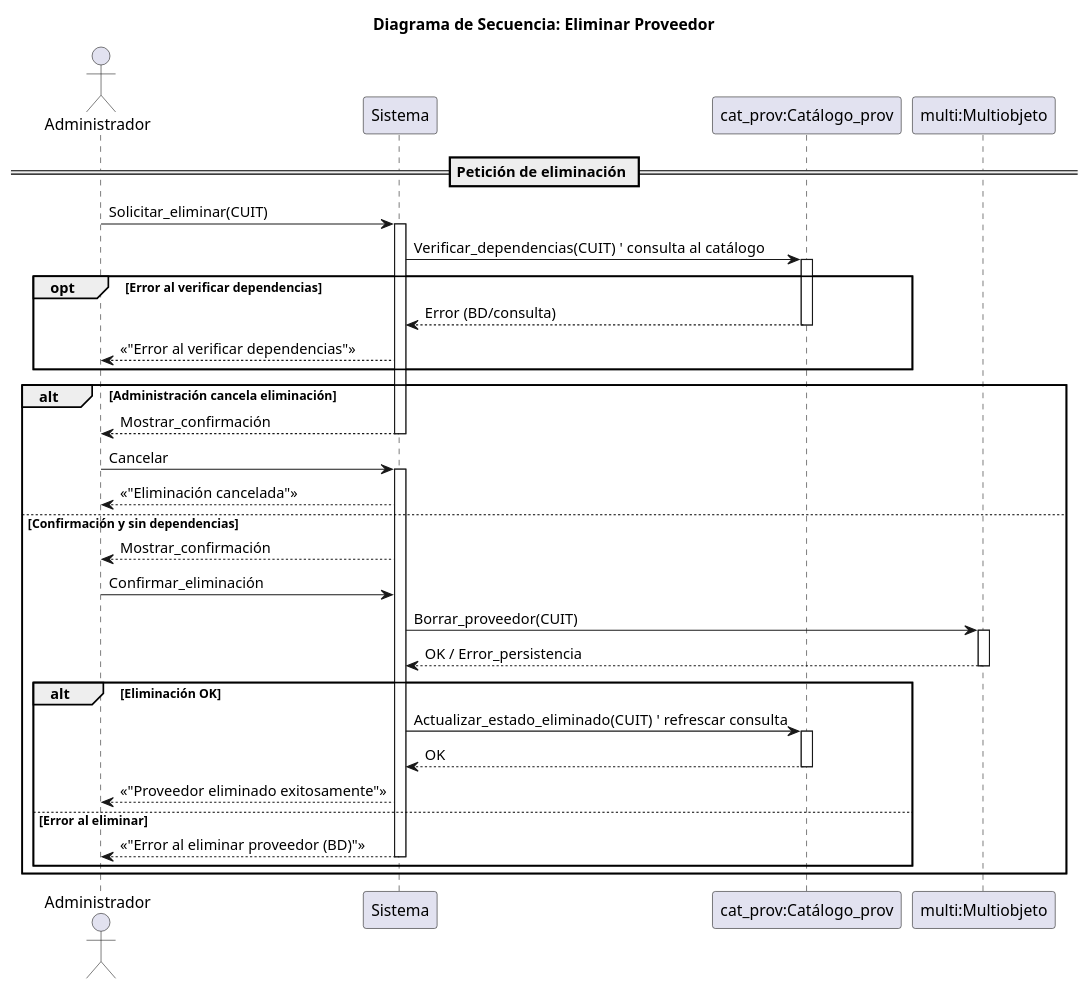
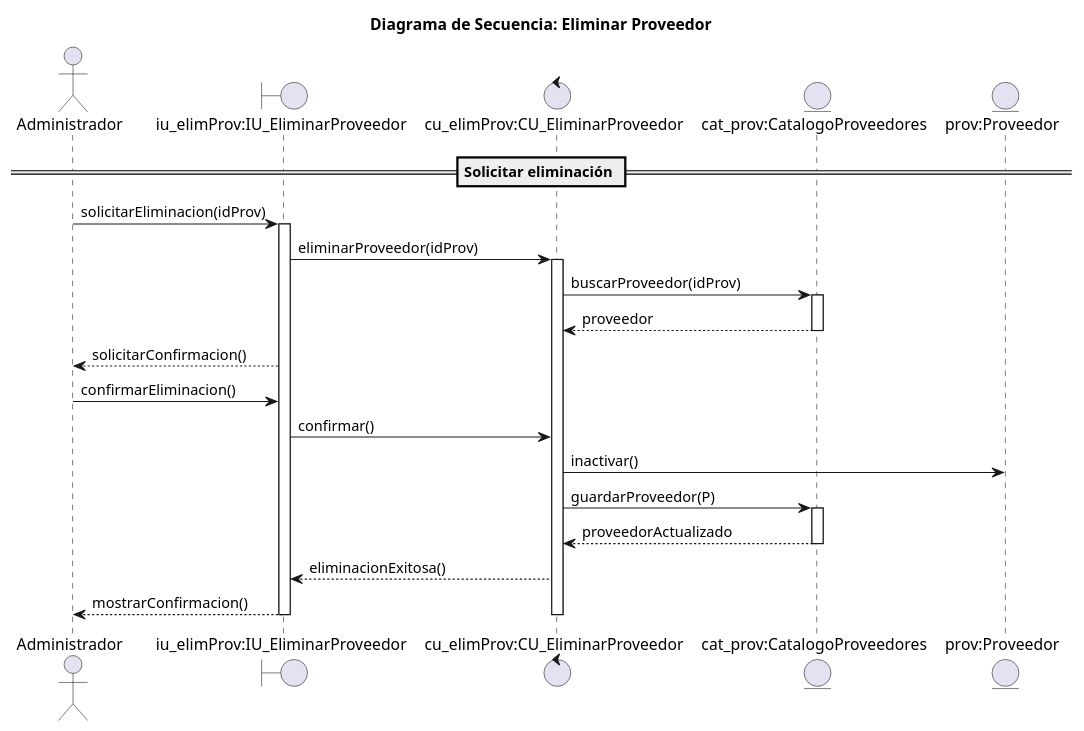
The diagram in 08-Diagrama-secuencia/10_Eliminar_proveedor.puml (Luci1274/PPI_Proyecto_gomeria), drawn with PlantUML before and after one commit. The commit also changed 21 other files, not shown here.

Commit message:
Modificacion en mis casos de uso y diagramas de secuencia correspondientes

```diff
--- a/08-Diagrama-secuencia/10_Eliminar_proveedor.puml
+++ b/08-Diagrama-secuencia/10_Eliminar_proveedor.puml
@@ -1,54 +1,41 @@
 @startuml eliminar_proveedor
 
 title Diagrama de Secuencia: Eliminar Proveedor
 
 actor Administrador
-participant Sistema
-participant "cat_prov:Catálogo_prov" as Cat_prov
-participant "multi:Multiobjeto" as MULT
+boundary "iu_elimProv:IU_EliminarProveedor" as IU
+control "cu_elimProv:CU_EliminarProveedor" as CU
+entity "cat_prov:CatalogoProveedores" as CAT
+entity "prov:Proveedor" as P
 
-== Petición de eliminación ==
-Administrador -> Sistema: Solicitar_eliminar(CUIT)
-activate Sistema
-Sistema -> Cat_prov: Verificar_dependencias(CUIT)  ' consulta al catálogo
-activate Cat_prov
-opt Error al verificar dependencias
-    Cat_prov --> Sistema: Error (BD/consulta)
-    deactivate Cat_prov
-    Sistema --> Administrador: <<"Error al verificar dependencias">>
-end
+== Solicitar eliminación ==
+Administrador -> IU: solicitarEliminacion(idProv)
+activate IU
 
-alt Administración cancela eliminación
-    Sistema --> Administrador: Mostrar_confirmación
-    deactivate Sistema
-    Administrador -> Sistema: Cancelar
-    activate Sistema
-    Sistema --> Administrador: <<"Eliminación cancelada">>
+IU -> CU: eliminarProveedor(idProv)
+activate CU
 
-else Confirmación y sin dependencias
-    Sistema --> Administrador: Mostrar_confirmación
-    Administrador -> Sistema: Confirmar_eliminación
+CU -> CAT: buscarProveedor(idProv)
+activate CAT
+CAT --> CU: proveedor
+deactivate CAT
 
-    ' Persistencia: MULT solo para eliminar/guardar
-    Sistema -> MULT: Borrar_proveedor(CUIT)
-    activate MULT
-    MULT --> Sistema: OK / Error_persistencia
-    deactivate MULT
+IU --> Administrador: solicitarConfirmacion()
 
-    alt Eliminación OK
-        ' Opcional: actualizar cache/índice del catálogo
-        Sistema -> Cat_prov: Actualizar_estado_eliminado(CUIT)  ' refrescar consulta
-        activate Cat_prov
-        Cat_prov --> Sistema: OK
-        deactivate Cat_prov
+Administrador -> IU: confirmarEliminacion()
+IU -> CU: confirmar()
 
-        Sistema --> Administrador: <<"Proveedor eliminado exitosamente">>
-    else Error al eliminar
-        Sistema --> Administrador: <<"Error al eliminar proveedor (BD)">>
-    deactivate Sistema
-    end
+CU -> P: inactivar()
 
-    
-end
+CU -> CAT: guardarProveedor(P)
+activate CAT
+CAT --> CU: proveedorActualizado
+deactivate CAT
+
+CU --> IU: eliminacionExitosa()
+IU --> Administrador: mostrarConfirmacion()
+
+deactivate CU
+deactivate IU
 
 @enduml
```
